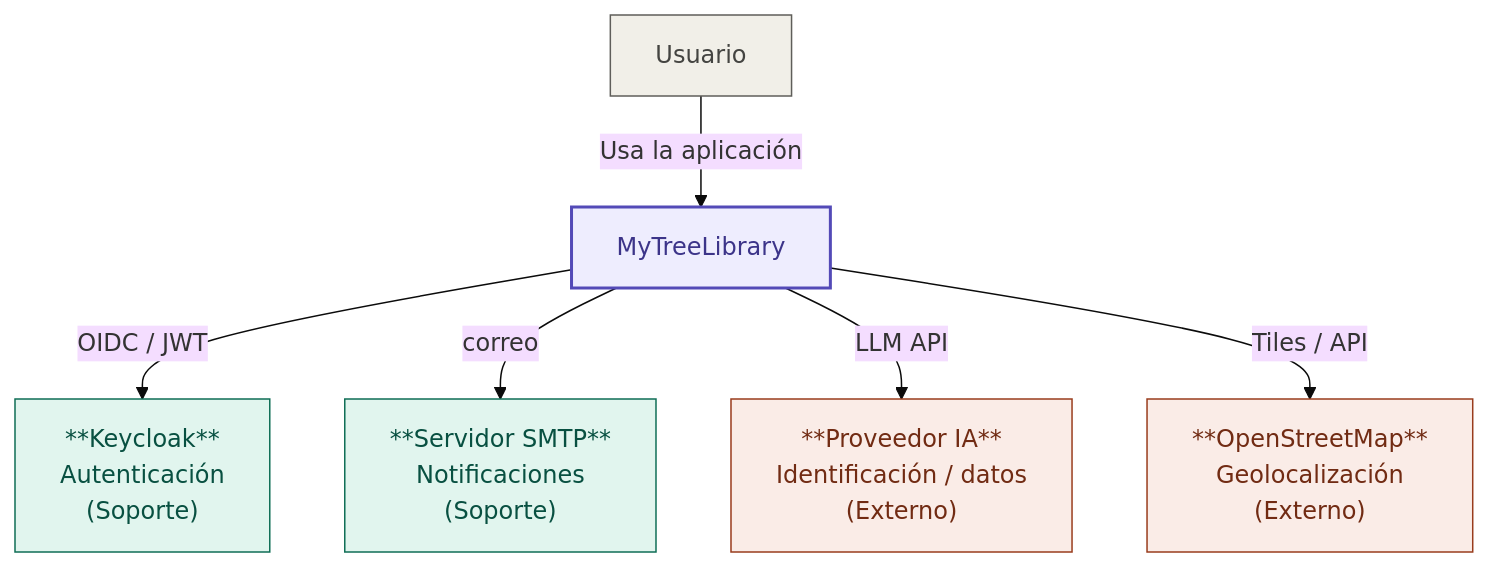
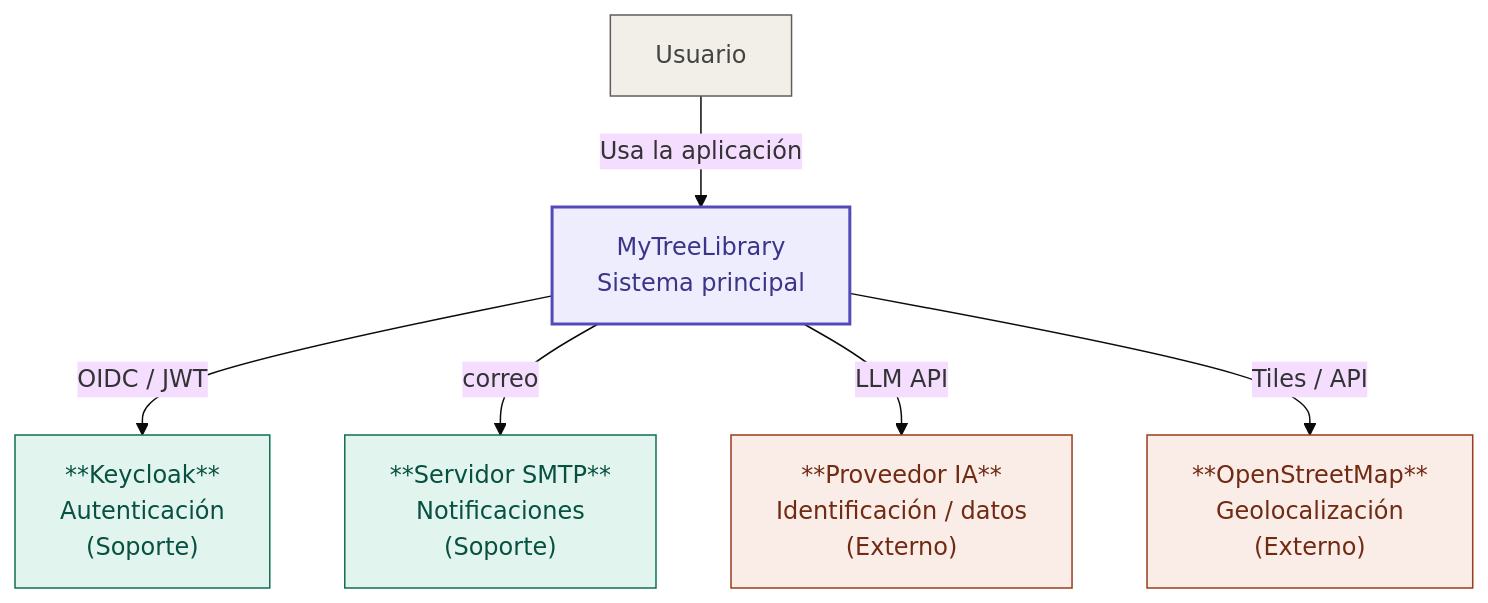
Before and after one commit to LIDR-academy/AI4Devs-finalproject: the first of 18 diagrams in readme.md, drawn with Mermaid (base theme).

Commit message:
Actualización estilos diagrama C1

````diff
--- a/readme.md
+++ b/readme.md
@@ -79,25 +79,25 @@
 ```mermaid
 flowchart TB
   U[Usuario]
-  S[MyTreeLibrary]
+  S[MyTreeLibrary<br/>Sistema principal]
   KC["**Keycloak**<br/>Autenticación<br/>(Soporte)"]
   SMTP["**Servidor SMTP**<br/>Notificaciones<br/>(Soporte)"]
   PIA["**Proveedor IA**<br/>Identificación / datos<br/>(Externo)"]
   MAP["**OpenStreetMap**<br/>Geolocalización<br/>(Externo)"] 
   U -->|Usa la aplicación| S
   S -->|OIDC / JWT| KC
   S -->|correo| SMTP
   S -->|LLM API| PIA
   S -->|Tiles / API| MAP
 
   classDef sistema fill:#EEEDFE,stroke:#534AB7,stroke-width:2px,color:#3C3489
   classDef soporte fill:#E1F5EE,stroke:#0F6E56,stroke-width:1px,color:#085041
   classDef externo fill:#FAECE7,stroke:#993C1D,stroke-width:1px,color:#712B13
   classDef usuario fill:#F1EFE8,stroke:#5F5E5A,stroke-width:1px,color:#444441
 
   class S sistema
   class KC,SMTP soporte
   class PIA,MAP externo
   class U usuario
 
 ```
````
